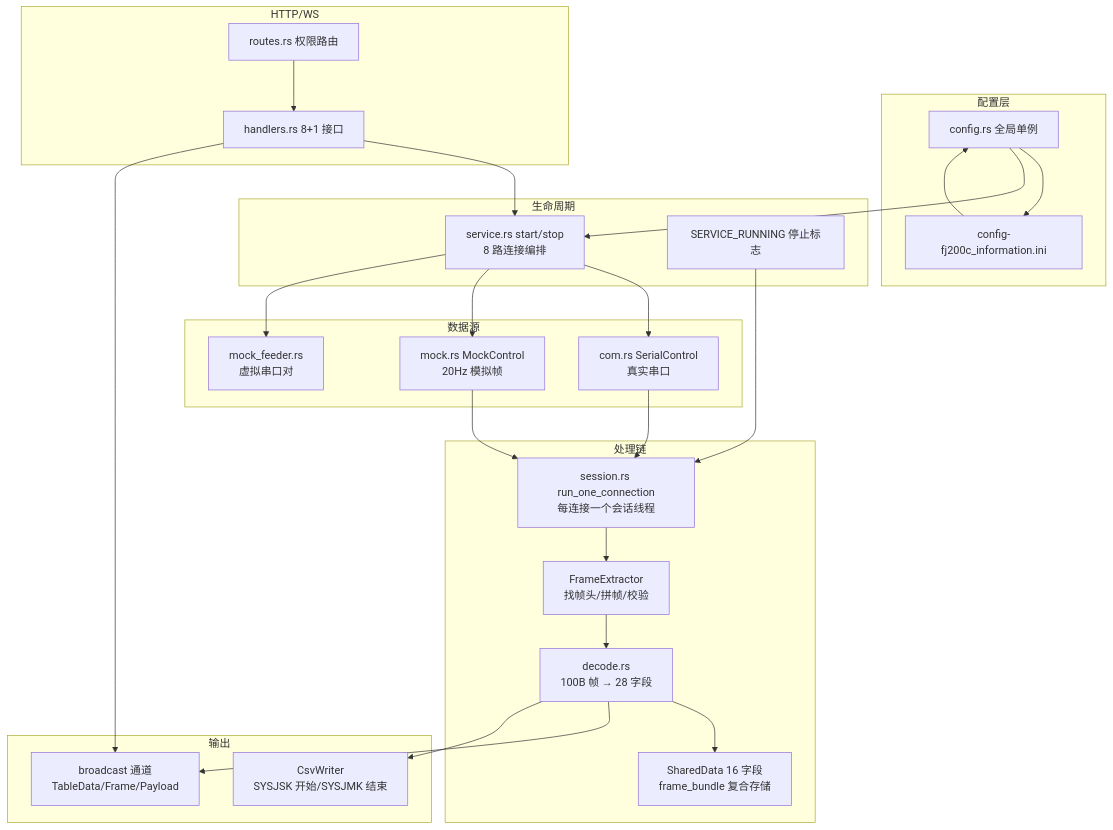
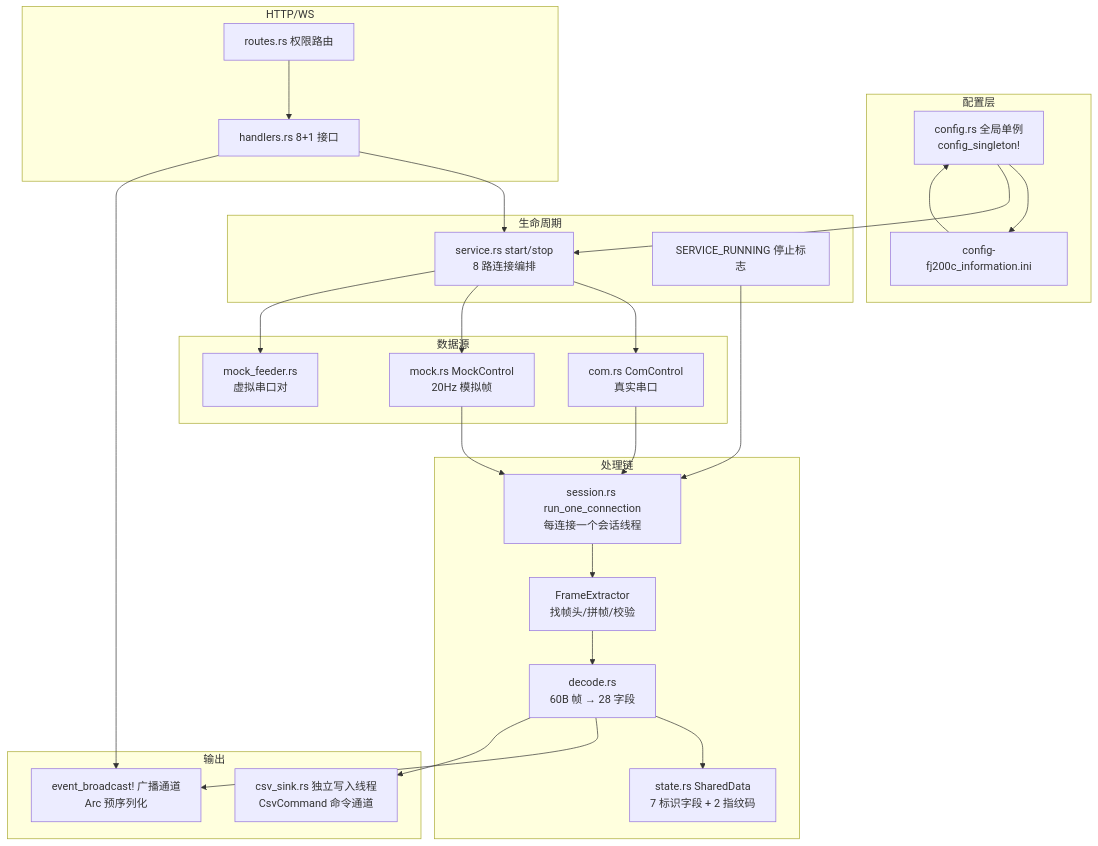
One commit to 3123958139/RustWeb-Vue changed the eighth of 12 diagrams in docs/tutorial/03-后端逐模块精读.md. Above: the diagram before and after it, drawn with Mermaid. The commit also changed other lines of this file and 8 other files, not shown here.

````diff
--- a/docs/tutorial/03-后端逐模块精读.md
+++ b/docs/tutorial/03-后端逐模块精读.md
@@ -1183,45 +1612,45 @@
 ```mermaid
 flowchart TD
     subgraph 配置层
-        CF[config.rs 全局单例] --> INI[config-fj200c_information.ini]
+        CF[config.rs 全局单例<br/>config_singleton!] --> INI[config-fj200c_information.ini]
     end
     subgraph 生命周期
         SV[service.rs start/stop<br/>8 路连接编排]
         SS[SERVICE_RUNNING 停止标志]
     end
     subgraph 数据源
-        CO[com.rs SerialControl<br/>真实串口]
+        CO[com.rs ComControl<br/>真实串口]
         MO[mock.rs MockControl<br/>20Hz 模拟帧]
         MF[mock_feeder.rs<br/>虚拟串口对]
     end
     subgraph 处理链
         SE[session.rs run_one_connection<br/>每连接一个会话线程]
         FE[FrameExtractor<br/>找帧头/拼帧/校验]
-        DE[decode.rs<br/>100B 帧 → 28 字段]
-        SB[SharedData 16 字段<br/>frame_bundle 复合存储]
+        DE[decode.rs<br/>60B 帧 → 28 字段]
+        SB[state.rs SharedData<br/>7 标识字段 + 2 指纹码]
     end
     subgraph 输出
-        TX[broadcast 通道<br/>TableData/Frame/Payload]
-        CSVW[CsvWriter<br/>SYSJSK 开始/SYSJMK 结束]
+        TX[event_broadcast! 广播通道<br/>Arc 预序列化]
+        CS[csv_sink.rs 独立写入线程<br/>CsvCommand 命令通道]
     end
     subgraph HTTP/WS
         HD[handlers.rs 8+1 接口]
         RT[routes.rs 权限路由]
     end
     SV --> CO
     SV --> MO
     SV --> MF
     CF --> SV
     CO --> SE
     MO --> SE
     SE --> FE
     FE --> DE
     DE --> SB
     DE --> TX
-    DE --> CSVW
+    DE --> CS
     SS --> SE
     HD --> SV
     HD --> TX
     RT --> HD
     INI --> CF
 ```
````
